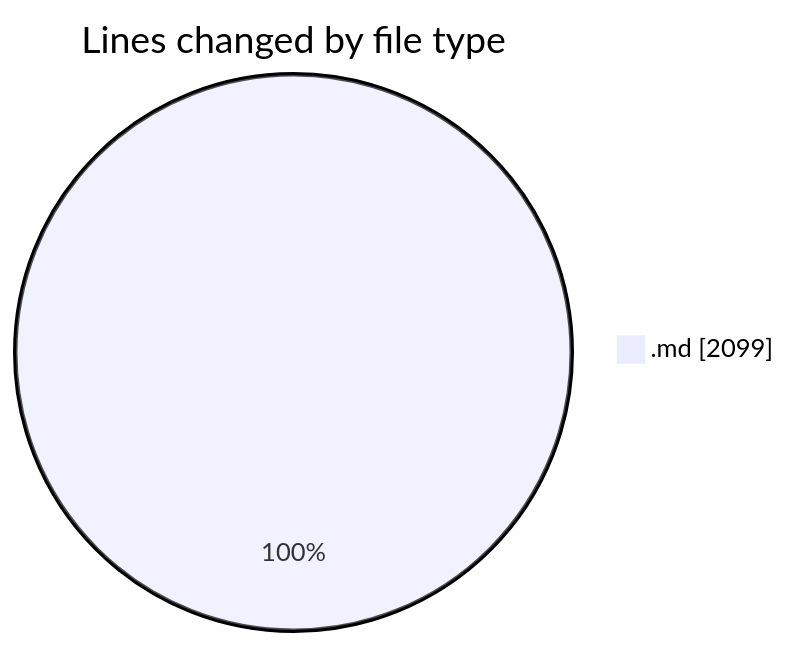
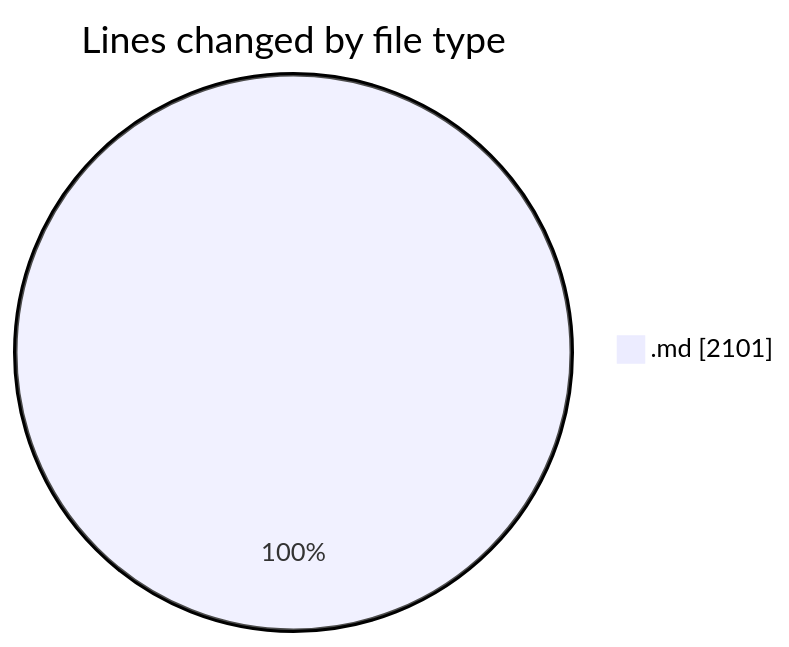
Before and after one commit to Ritupan-Deka/code-tracking: the first of 2 diagrams in 2025-07-07/urlwebwala_intership_work/README.md, drawn with Mermaid. The commit also changed other lines of this file and 1 other file, not shown here.

````diff
--- a/2025-07-07/urlwebwala_intership_work/README.md
+++ b/2025-07-07/urlwebwala_intership_work/README.md
@@ -22,5 +22,5 @@
 ```mermaid
 pie showData
 title Lines changed by file type
-".md" : 2099
+".md" : 2101
 ```
````
